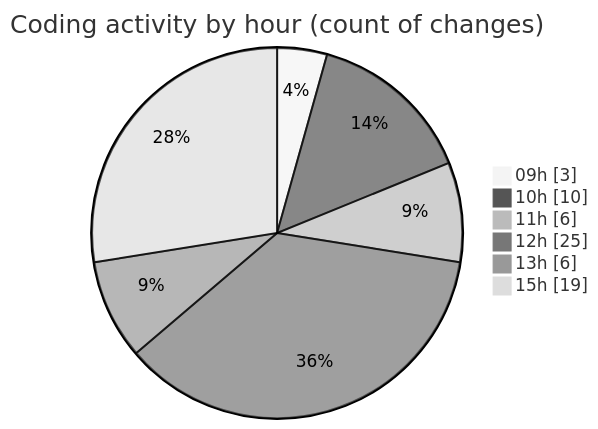
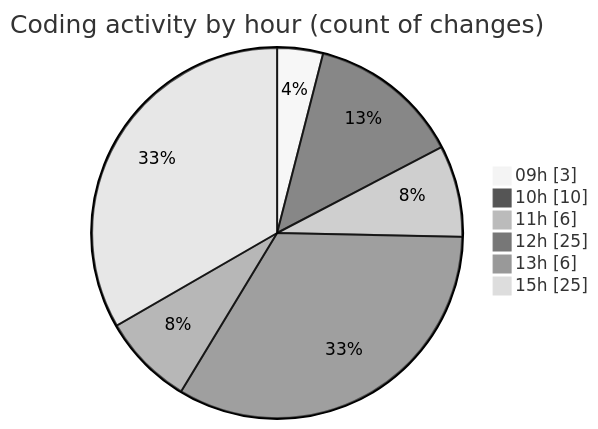
The second of 2 diagrams in 2026-01-26/cda/README.md (momahboobian/code-tracking), drawn with Mermaid (neutral theme) before and after one commit. The commit also changed other lines of this file and 1 other file, not shown here.

````diff
--- a/2026-01-26/cda/README.md
+++ b/2026-01-26/cda/README.md
@@ -49,10 +55,10 @@
 ```mermaid
 pie showData
 title Coding activity by hour (count of changes)
 "09h" : 3
 "10h" : 10
 "11h" : 6
 "12h" : 25
 "13h" : 6
-"15h" : 19
+"15h" : 25
 ```
````
